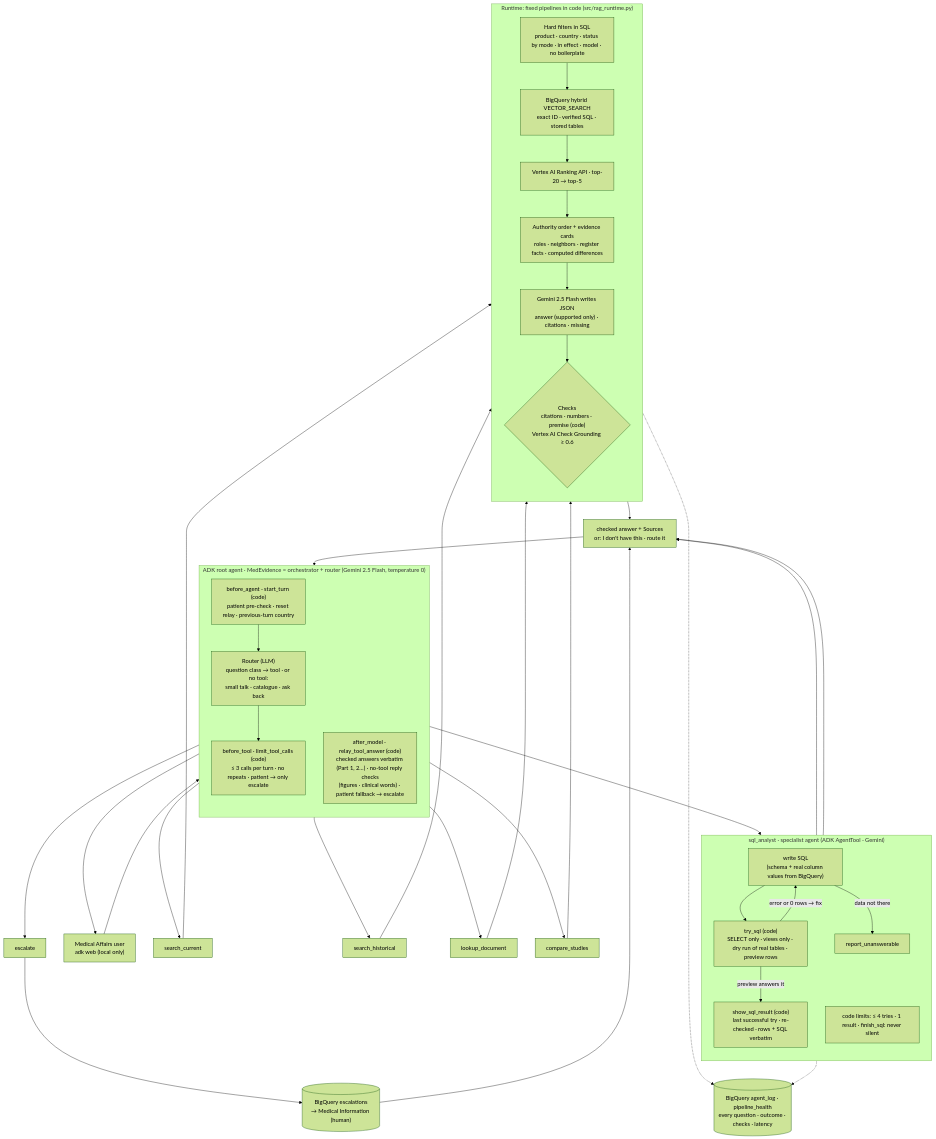
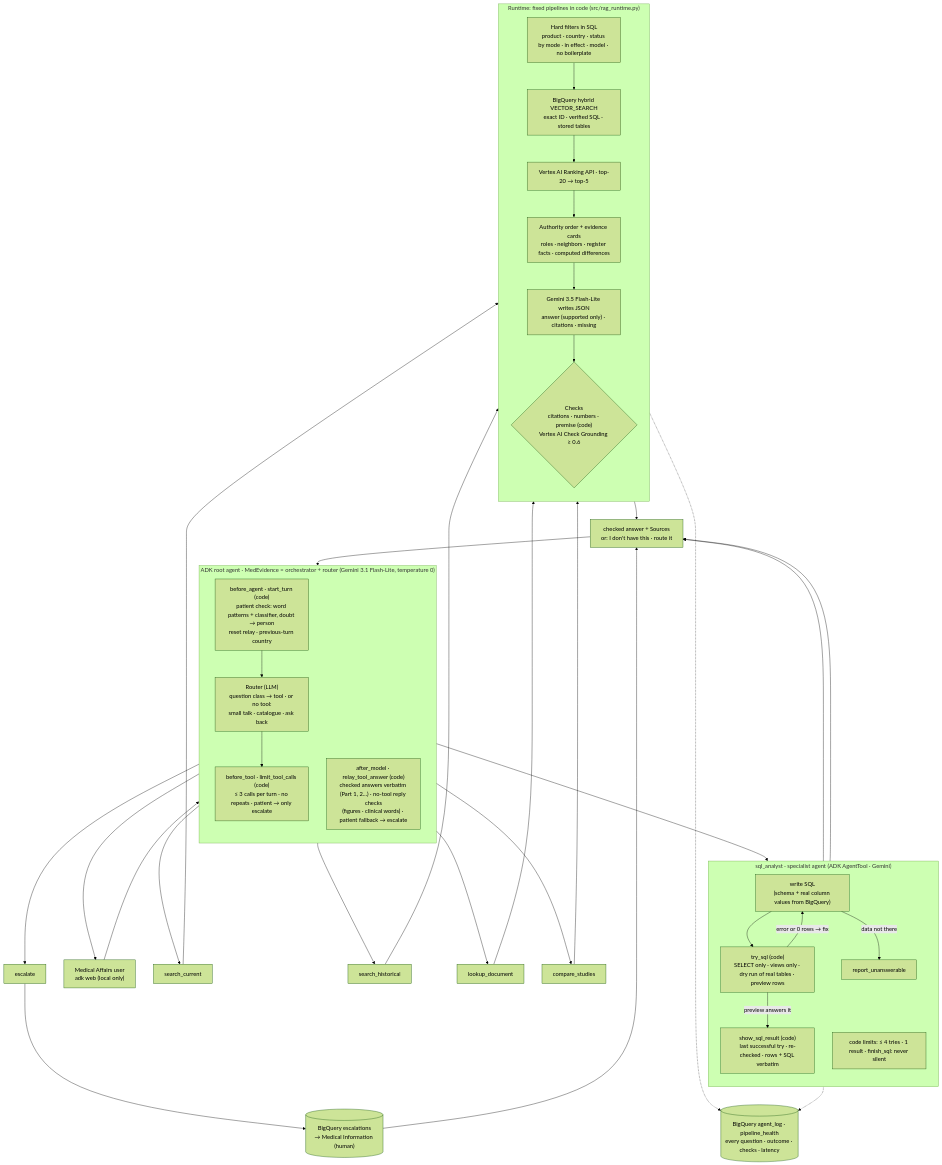
Before and after one commit to vikassingh0593/GCP_FDE: the second of 2 diagrams in Session-08-UseCases-Assignments/submission/architecture.md, drawn with Mermaid (forest theme). The commit also changed other lines of this file and 118 other files, not shown here.

````diff
--- a/Session-08-UseCases-Assignments/submission/architecture.md
+++ b/Session-08-UseCases-Assignments/submission/architecture.md
@@ -721,54 +725,54 @@
 ```mermaid
 flowchart TB
   U["Medical Affairs user<br/>adk web (local only)"] --> CB1
 
-  subgraph ORCH["ADK root agent · MedEvidence = orchestrator + router (Gemini 2.5 Flash, temperature 0)"]
+  subgraph ORCH["ADK root agent · MedEvidence = orchestrator + router (Gemini 3.1 Flash-Lite, temperature 0)"]
     direction TB
-    CB1["before_agent · start_turn (code)<br/>patient pre-check · reset relay · previous-turn country"]
+    CB1["before_agent · start_turn (code)<br/>patient check: word patterns + classifier, doubt → person<br/>reset relay · previous-turn country"]
     R["Router (LLM)<br/>question class → tool · or no tool:<br/>small talk · catalogue · ask back"]
     CB2["before_tool · limit_tool_calls (code)<br/>≤ 3 calls per turn · no repeats · patient → only escalate"]
     CB3["after_model · relay_tool_answer (code)<br/>checked answers verbatim (Part 1, 2…) · no-tool reply checks<br/>(figures · clinical words) · patient fallback → escalate"]
     CB1 --> R --> CB2
   end
 
   CB2 --> SC["search_current"]
   CB2 --> SH["search_historical"]
   CB2 --> LD["lookup_document"]
   CB2 --> CS["compare_studies"]
   CB2 --> ES["escalate"]
   CB2 --> W
 
   subgraph SA["sql_analyst · specialist agent (ADK AgentTool · Gemini)"]
     direction TB
     W["write SQL<br/>(schema + real column values from BigQuery)"] --> TRY["try_sql (code)<br/>SELECT only · views only · dry run of real tables · preview rows"]
     TRY -- "error or 0 rows → fix" --> W
     TRY -- "preview answers it" --> SHOW["show_sql_result (code)<br/>last successful try · re-checked · rows + SQL verbatim"]
     W -- "data not there" --> UN["report_unanswerable"]
     LIM["code limits: ≤ 4 tries · 1 result · finish_sql: never silent"]
   end
 
   subgraph RT["Runtime: fixed pipelines in code (src/rag_runtime.py)"]
     direction TB
     F["Hard filters in SQL<br/>product · country · status by mode · in effect · model · no boilerplate"]
     HS["BigQuery hybrid VECTOR_SEARCH<br/>exact ID · verified SQL · stored tables"]
     RK["Vertex AI Ranking API · top-20 → top-5"]
     EV["Authority order + evidence cards<br/>roles · neighbors · register facts · computed differences"]
-    GEN["Gemini 2.5 Flash writes JSON<br/>answer (supported only) · citations · missing"]
+    GEN["Gemini 3.5 Flash-Lite writes JSON<br/>answer (supported only) · citations · missing"]
     CHK{"Checks<br/>citations · numbers · premise (code)<br/>Vertex AI Check Grounding ≥ 0.6"}
     F --> HS --> RK --> EV --> GEN --> CHK
   end
 
   SC --> F
   SH --> F
   LD --> F
   CS --> F
   ES --> ESQ[("BigQuery escalations<br/>→ Medical Information (human)")]
   CHK --> OUT["checked answer + Sources<br/>or: I don't have this · route it"]
   SHOW --> OUT
   UN --> OUT
   ESQ --> OUT
   OUT --> CB3
   CB3 --> U
   RT -.-> LOG[("BigQuery agent_log · pipeline_health<br/>every question · outcome · checks · latency")]
   SA -.-> LOG
 ```
````
